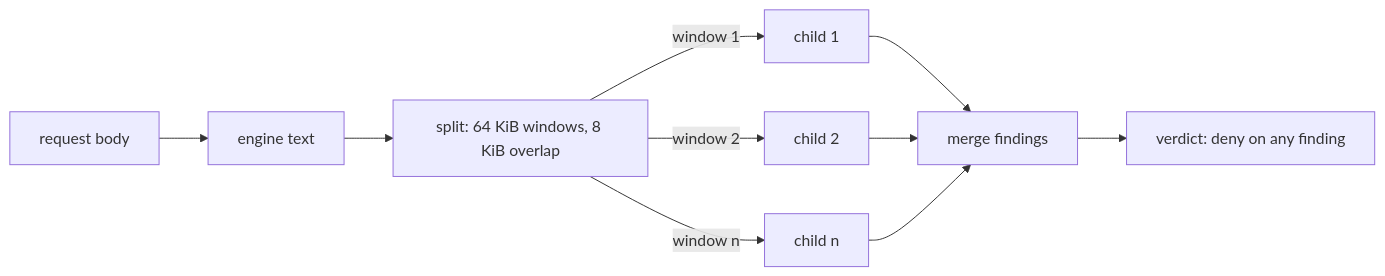
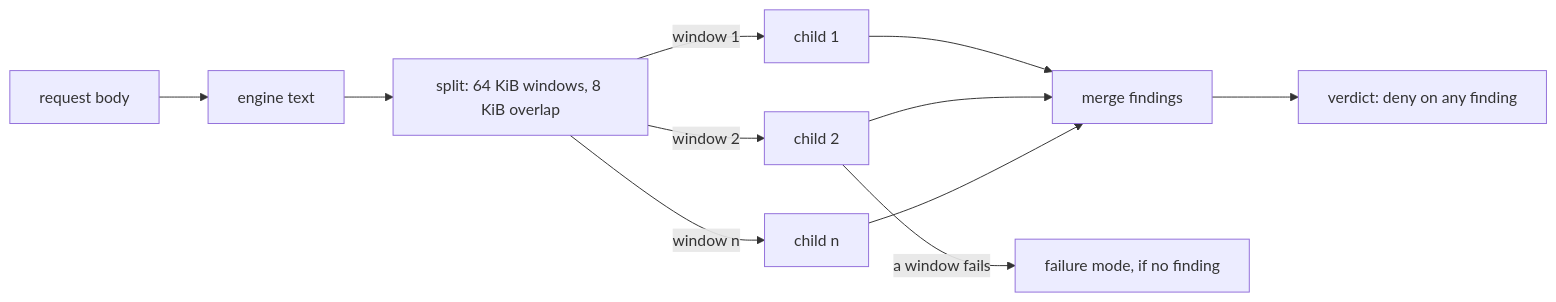
Before and after one commit to jomcgi-org/homelab: the diagram in projects/platform-factory/substrate/egress-scan/DESIGN-large-bodies.md, drawn with Mermaid. The commit also changed other lines of this file, not shown here.

````diff
--- a/projects/platform-factory/substrate/egress-scan/DESIGN-large-bodies.md
+++ b/projects/platform-factory/substrate/egress-scan/DESIGN-large-bodies.md
@@ -44,12 +46,13 @@
 ```mermaid
 flowchart LR
   B["request body"] --> T["engine text"]
   T --> W["split: 64 KiB windows, 8 KiB overlap"]
   W -- "window 1" --> C1["child 1"]
   W -- "window 2" --> C2["child 2"]
   W -- "window n" --> C3["child n"]
   C1 --> M["merge findings"]
   C2 --> M
   C3 --> M
   M --> V["verdict: deny on any finding"]
+  C2 -- "a window fails" --> F["failure mode, if no finding"]
 ```
````
